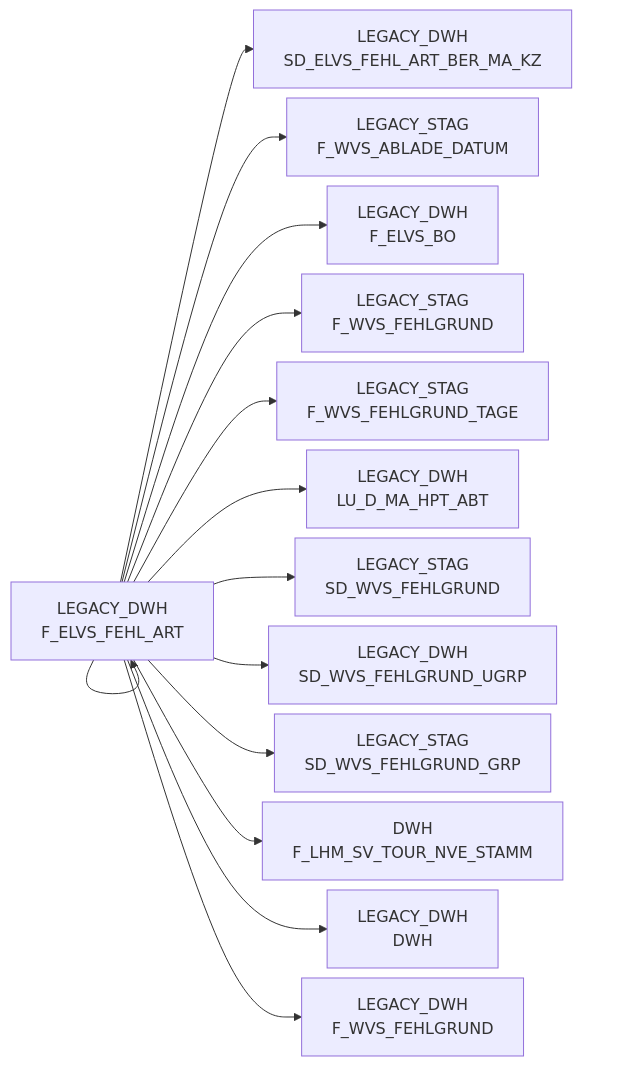
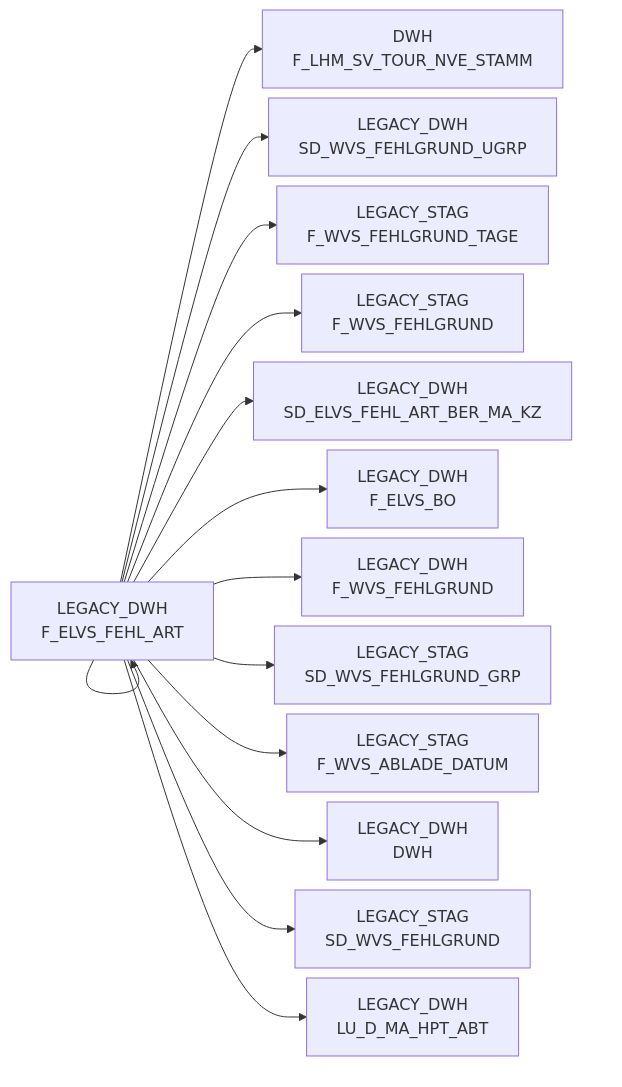
One commit to integration-factory-de/sas_code_docs changed the diagram in docs/Tables/LEGACY_DWH/F_ELVS_FEHL_ART.md. Above: the diagram before and after it, drawn with Mermaid. The commit also changed other lines of this file and 129 other files, not shown here.

````diff
--- a/docs/Tables/LEGACY_DWH/F_ELVS_FEHL_ART.md
+++ b/docs/Tables/LEGACY_DWH/F_ELVS_FEHL_ART.md
@@ -9,45 +15,45 @@
 ```mermaid
 %%{init: {'flowchart': { 'nodeSpacing': 10, 'rankSpacing': 40, 'rankdir': 'TB' }}}%%
 
 flowchart LR
 
+  LEGACY_DWH.F_ELVS_FEHL_ART["LEGACY_DWH<br/>F_ELVS_FEHL_ART"] --> LEGACY_DWH.F_ELVS_FEHL_ART["LEGACY_DWH<br/>F_ELVS_FEHL_ART"]
+  LEGACY_DWH.F_ELVS_FEHL_ART["LEGACY_DWH<br/>F_ELVS_FEHL_ART"] --> DWH.F_LHM_SV_TOUR_NVE_STAMM["DWH<br/>F_LHM_SV_TOUR_NVE_STAMM"]
+  LEGACY_DWH.F_ELVS_FEHL_ART["LEGACY_DWH<br/>F_ELVS_FEHL_ART"] --> LEGACY_DWH.SD_WVS_FEHLGRUND_UGRP["LEGACY_DWH<br/>SD_WVS_FEHLGRUND_UGRP"]
+  LEGACY_DWH.F_ELVS_FEHL_ART["LEGACY_DWH<br/>F_ELVS_FEHL_ART"] --> LEGACY_STAG.F_WVS_FEHLGRUND_TAGE["LEGACY_STAG<br/>F_WVS_FEHLGRUND_TAGE"]
+  LEGACY_DWH.F_ELVS_FEHL_ART["LEGACY_DWH<br/>F_ELVS_FEHL_ART"] --> LEGACY_STAG.F_WVS_FEHLGRUND["LEGACY_STAG<br/>F_WVS_FEHLGRUND"]
   LEGACY_DWH.F_ELVS_FEHL_ART["LEGACY_DWH<br/>F_ELVS_FEHL_ART"] --> LEGACY_DWH.SD_ELVS_FEHL_ART_BER_MA_KZ["LEGACY_DWH<br/>SD_ELVS_FEHL_ART_BER_MA_KZ"]
+  LEGACY_DWH.F_ELVS_FEHL_ART["LEGACY_DWH<br/>F_ELVS_FEHL_ART"] --> LEGACY_DWH.F_ELVS_BO["LEGACY_DWH<br/>F_ELVS_BO"]
+  LEGACY_DWH.F_ELVS_FEHL_ART["LEGACY_DWH<br/>F_ELVS_FEHL_ART"] --> LEGACY_DWH.F_WVS_FEHLGRUND["LEGACY_DWH<br/>F_WVS_FEHLGRUND"]
+  LEGACY_DWH.F_ELVS_FEHL_ART["LEGACY_DWH<br/>F_ELVS_FEHL_ART"] --> LEGACY_STAG.SD_WVS_FEHLGRUND_GRP["LEGACY_STAG<br/>SD_WVS_FEHLGRUND_GRP"]
   LEGACY_DWH.F_ELVS_FEHL_ART["LEGACY_DWH<br/>F_ELVS_FEHL_ART"] --> LEGACY_STAG.F_WVS_ABLADE_DATUM["LEGACY_STAG<br/>F_WVS_ABLADE_DATUM"]
-  LEGACY_DWH.F_ELVS_FEHL_ART["LEGACY_DWH<br/>F_ELVS_FEHL_ART"] --> LEGACY_DWH.F_ELVS_BO["LEGACY_DWH<br/>F_ELVS_BO"]
-  LEGACY_DWH.F_ELVS_FEHL_ART["LEGACY_DWH<br/>F_ELVS_FEHL_ART"] --> LEGACY_STAG.F_WVS_FEHLGRUND["LEGACY_STAG<br/>F_WVS_FEHLGRUND"]
-  LEGACY_DWH.F_ELVS_FEHL_ART["LEGACY_DWH<br/>F_ELVS_FEHL_ART"] --> LEGACY_STAG.F_WVS_FEHLGRUND_TAGE["LEGACY_STAG<br/>F_WVS_FEHLGRUND_TAGE"]
+  LEGACY_DWH.F_ELVS_FEHL_ART["LEGACY_DWH<br/>F_ELVS_FEHL_ART"] --> LEGACY_DWH.DWH["LEGACY_DWH<br/>DWH"]
+  LEGACY_DWH.F_ELVS_FEHL_ART["LEGACY_DWH<br/>F_ELVS_FEHL_ART"] --> LEGACY_STAG.SD_WVS_FEHLGRUND["LEGACY_STAG<br/>SD_WVS_FEHLGRUND"]
   LEGACY_DWH.F_ELVS_FEHL_ART["LEGACY_DWH<br/>F_ELVS_FEHL_ART"] --> LEGACY_DWH.LU_D_MA_HPT_ABT["LEGACY_DWH<br/>LU_D_MA_HPT_ABT"]
-  LEGACY_DWH.F_ELVS_FEHL_ART["LEGACY_DWH<br/>F_ELVS_FEHL_ART"] --> LEGACY_STAG.SD_WVS_FEHLGRUND["LEGACY_STAG<br/>SD_WVS_FEHLGRUND"]
-  LEGACY_DWH.F_ELVS_FEHL_ART["LEGACY_DWH<br/>F_ELVS_FEHL_ART"] --> LEGACY_DWH.SD_WVS_FEHLGRUND_UGRP["LEGACY_DWH<br/>SD_WVS_FEHLGRUND_UGRP"]
-  LEGACY_DWH.F_ELVS_FEHL_ART["LEGACY_DWH<br/>F_ELVS_FEHL_ART"] --> LEGACY_DWH.F_ELVS_FEHL_ART["LEGACY_DWH<br/>F_ELVS_FEHL_ART"]
-  LEGACY_DWH.F_ELVS_FEHL_ART["LEGACY_DWH<br/>F_ELVS_FEHL_ART"] --> LEGACY_STAG.SD_WVS_FEHLGRUND_GRP["LEGACY_STAG<br/>SD_WVS_FEHLGRUND_GRP"]
-  LEGACY_DWH.F_ELVS_FEHL_ART["LEGACY_DWH<br/>F_ELVS_FEHL_ART"] --> DWH.F_LHM_SV_TOUR_NVE_STAMM["DWH<br/>F_LHM_SV_TOUR_NVE_STAMM"]
-  LEGACY_DWH.F_ELVS_FEHL_ART["LEGACY_DWH<br/>F_ELVS_FEHL_ART"] --> LEGACY_DWH.DWH["LEGACY_DWH<br/>DWH"]
-  LEGACY_DWH.F_ELVS_FEHL_ART["LEGACY_DWH<br/>F_ELVS_FEHL_ART"] --> LEGACY_DWH.F_WVS_FEHLGRUND["LEGACY_DWH<br/>F_WVS_FEHLGRUND"]
   click LEGACY_DWH.F_ELVS_FEHL_ART "../../tables/LEGACY_DWH/F_ELVS_FEHL_ART"
   click LEGACY_DWH.F_ELVS_FEHL_ART "../../tables/LEGACY_DWH/F_ELVS_FEHL_ART"
   click LEGACY_DWH.F_ELVS_FEHL_ART "../../tables/LEGACY_DWH/F_ELVS_FEHL_ART"
   click LEGACY_DWH.F_ELVS_FEHL_ART "../../tables/LEGACY_DWH/F_ELVS_FEHL_ART"
   click LEGACY_DWH.F_ELVS_FEHL_ART "../../tables/LEGACY_DWH/F_ELVS_FEHL_ART"
   click LEGACY_DWH.F_ELVS_FEHL_ART "../../tables/LEGACY_DWH/F_ELVS_FEHL_ART"
   click LEGACY_DWH.F_ELVS_FEHL_ART "../../tables/LEGACY_DWH/F_ELVS_FEHL_ART"
   click LEGACY_DWH.F_ELVS_FEHL_ART "../../tables/LEGACY_DWH/F_ELVS_FEHL_ART"
   click LEGACY_DWH.F_ELVS_FEHL_ART "../../tables/LEGACY_DWH/F_ELVS_FEHL_ART"
   click LEGACY_DWH.F_ELVS_FEHL_ART "../../tables/LEGACY_DWH/F_ELVS_FEHL_ART"
   click LEGACY_DWH.F_ELVS_FEHL_ART "../../tables/LEGACY_DWH/F_ELVS_FEHL_ART"
   click LEGACY_DWH.F_ELVS_FEHL_ART "../../tables/LEGACY_DWH/F_ELVS_FEHL_ART"
   click LEGACY_DWH.F_ELVS_FEHL_ART "../../tables/LEGACY_DWH/F_ELVS_FEHL_ART"
+  click LEGACY_DWH.F_ELVS_FEHL_ART "../../tables/LEGACY_DWH/F_ELVS_FEHL_ART"
+  click DWH.F_LHM_SV_TOUR_NVE_STAMM "../../tables/DWH/F_LHM_SV_TOUR_NVE_STAMM"
+  click LEGACY_DWH.SD_WVS_FEHLGRUND_UGRP "../../tables/LEGACY_DWH/SD_WVS_FEHLGRUND_UGRP"
+  click LEGACY_STAG.F_WVS_FEHLGRUND_TAGE "../../tables/LEGACY_STAG/F_WVS_FEHLGRUND_TAGE"
+  click LEGACY_STAG.F_WVS_FEHLGRUND "../../tables/LEGACY_STAG/F_WVS_FEHLGRUND"
   click LEGACY_DWH.SD_ELVS_FEHL_ART_BER_MA_KZ "../../tables/LEGACY_DWH/SD_ELVS_FEHL_ART_BER_MA_KZ"
+  click LEGACY_DWH.F_ELVS_BO "../../tables/LEGACY_DWH/F_ELVS_BO"
+  click LEGACY_DWH.F_WVS_FEHLGRUND "../../tables/LEGACY_DWH/F_WVS_FEHLGRUND"
+  click LEGACY_STAG.SD_WVS_FEHLGRUND_GRP "../../tables/LEGACY_STAG/SD_WVS_FEHLGRUND_GRP"
   click LEGACY_STAG.F_WVS_ABLADE_DATUM "../../tables/LEGACY_STAG/F_WVS_ABLADE_DATUM"
-  click LEGACY_DWH.F_ELVS_BO "../../tables/LEGACY_DWH/F_ELVS_BO"
-  click LEGACY_STAG.F_WVS_FEHLGRUND "../../tables/LEGACY_STAG/F_WVS_FEHLGRUND"
-  click LEGACY_STAG.F_WVS_FEHLGRUND_TAGE "../../tables/LEGACY_STAG/F_WVS_FEHLGRUND_TAGE"
+  click LEGACY_DWH.DWH "../../tables/LEGACY_DWH/DWH"
+  click LEGACY_STAG.SD_WVS_FEHLGRUND "../../tables/LEGACY_STAG/SD_WVS_FEHLGRUND"
   click LEGACY_DWH.LU_D_MA_HPT_ABT "../../tables/LEGACY_DWH/LU_D_MA_HPT_ABT"
-  click LEGACY_STAG.SD_WVS_FEHLGRUND "../../tables/LEGACY_STAG/SD_WVS_FEHLGRUND"
-  click LEGACY_DWH.SD_WVS_FEHLGRUND_UGRP "../../tables/LEGACY_DWH/SD_WVS_FEHLGRUND_UGRP"
-  click LEGACY_DWH.F_ELVS_FEHL_ART "../../tables/LEGACY_DWH/F_ELVS_FEHL_ART"
-  click LEGACY_STAG.SD_WVS_FEHLGRUND_GRP "../../tables/LEGACY_STAG/SD_WVS_FEHLGRUND_GRP"
-  click DWH.F_LHM_SV_TOUR_NVE_STAMM "../../tables/DWH/F_LHM_SV_TOUR_NVE_STAMM"
-  click LEGACY_DWH.DWH "../../tables/LEGACY_DWH/DWH"
-  click LEGACY_DWH.F_WVS_FEHLGRUND "../../tables/LEGACY_DWH/F_WVS_FEHLGRUND"
 ```
````
